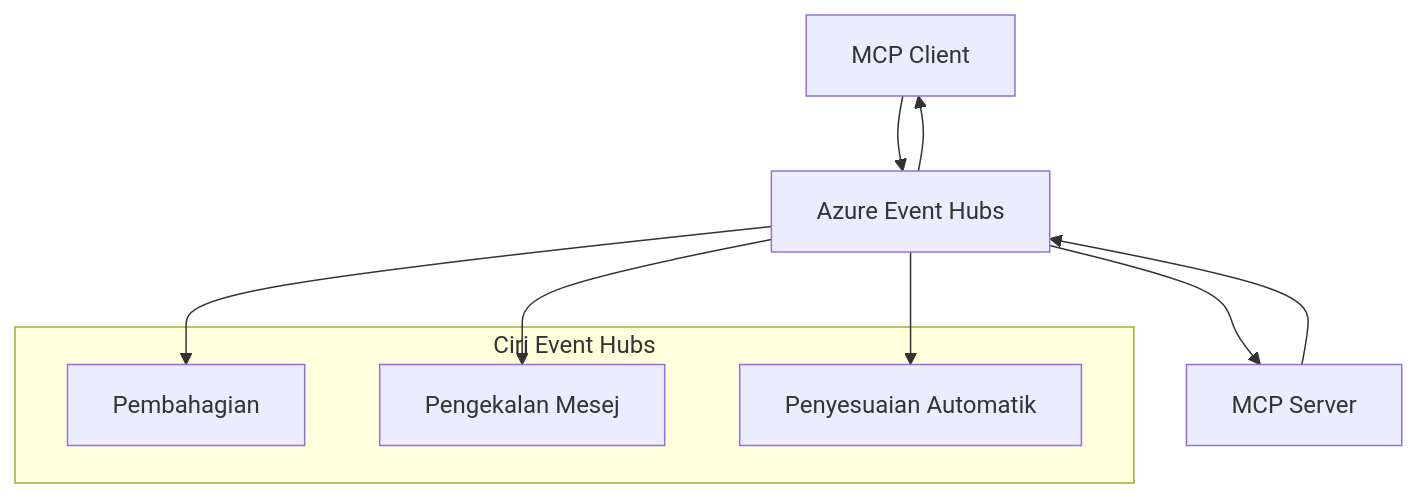
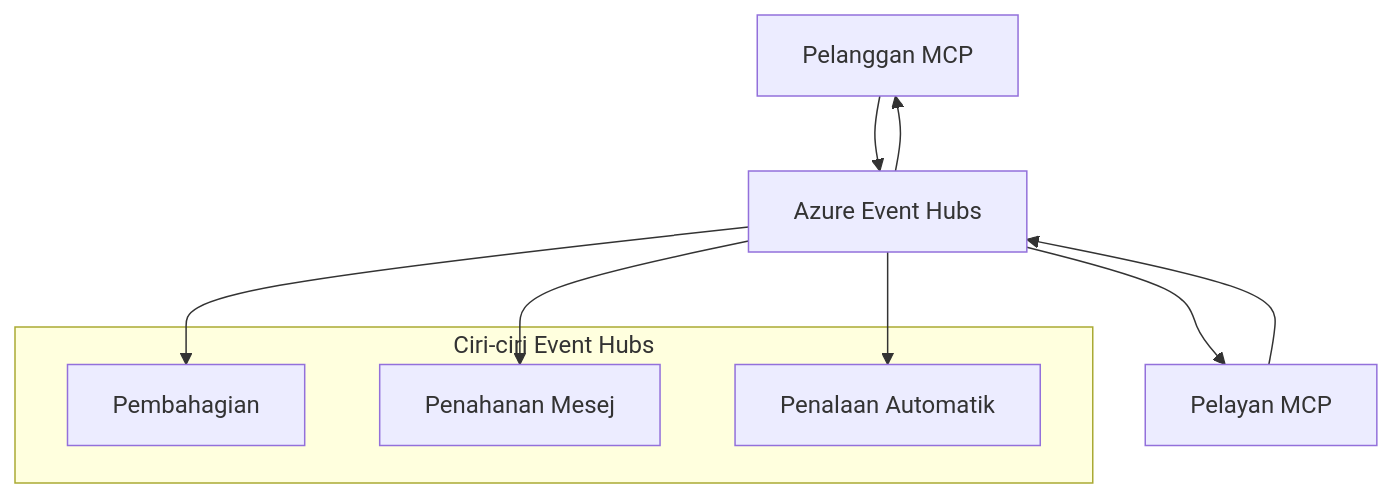
The second of 2 diagrams in mcp_ecosystem__model_context_protocol/mcp_learning_resources/mcp-for-beginners/translations/ms/05-AdvancedTopics/mcp-transport/README.md (HIDORAKAI002/ai-workspace-archive), drawn with Mermaid before and after one commit. The commit also changed other lines of this file and 1046 other files, not shown here.

````diff
--- a/mcp_ecosystem__model_context_protocol/mcp_learning_resources/mcp-for-beginners/translations/ms/05-AdvancedTopics/mcp-transport/README.md
+++ b/mcp_ecosystem__model_context_protocol/mcp_learning_resources/mcp-for-beginners/translations/ms/05-AdvancedTopics/mcp-transport/README.md
@@ -270,17 +272,17 @@
 ```mermaid
 graph TB
-    Client[MCP Client] --> EH[Azure Event Hubs]
-    EH --> Server[MCP Server]
+    Client[Pelanggan MCP] --> EH[Azure Event Hubs]
+    EH --> Server[Pelayan MCP]
     Server --> EH
     EH --> Client
     
-    subgraph "Ciri Event Hubs"
+    subgraph "Ciri-ciri Event Hubs"
         Partition[Pembahagian]
-        Retention[Pengekalan Mesej]
-        Scaling[Penyesuaian Automatik]
+        Retention[Penahanan Mesej]
+        Scaling[Penalaan Automatik]
     end
     
     EH --> Partition
     EH --> Retention
     EH --> Scaling
 ```
````
